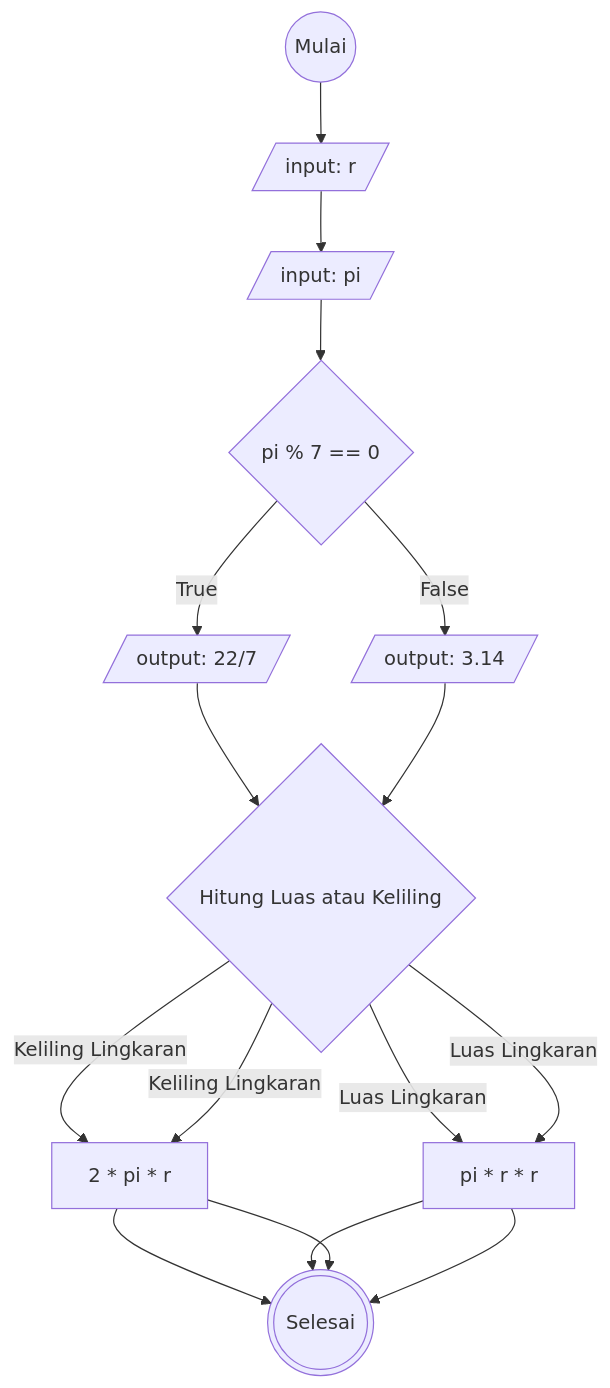
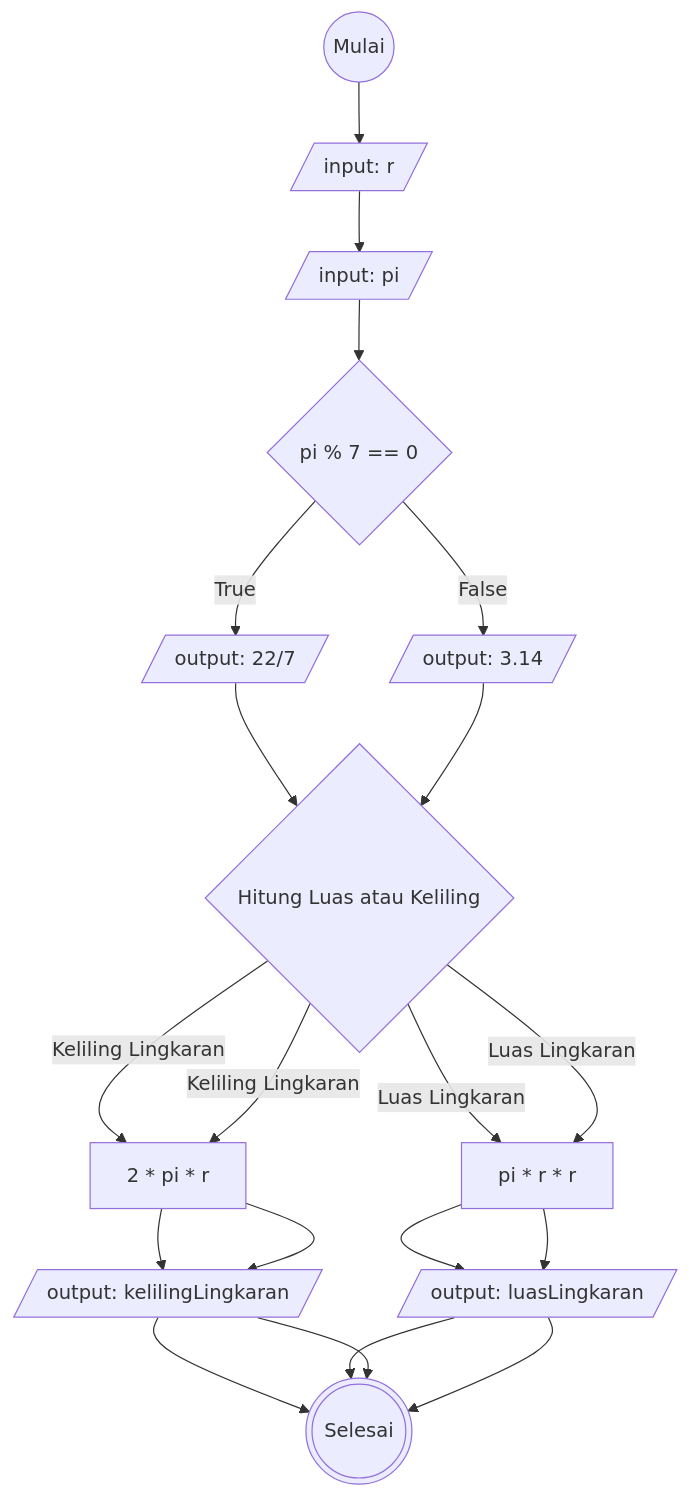
The diagram in flowchart-luas-keliling-lingkaran.md (Arif14377/koda-b6-algoritma), drawn with Mermaid before and after one commit.

````diff
--- a/flowchart-luas-keliling-lingkaran.md
+++ b/flowchart-luas-keliling-lingkaran.md
@@ -1,29 +1,35 @@
 ```mermaid
 flowchart TD
 start@{shape: circle, label: "Mulai"}
 inputJari@{ shape: lean-r, label: "input: r"}
 inputPi@{ shape: lean-r, label: "input: pi"}
 decisionPi@{ shape: diamond, label: "pi % 7 == 0" }
 decisionHitung@{ shape: diamond, label: "Hitung Luas atau Keliling" }
 oPiTrue@{ shape: lean-r, label: "output: 22/7"}
 oPiFalse@{ shape: lean-r, label: "output: 3.14"}
 luasLingkaran@{ shape: rect, label: "pi * r * r" }
 kelilingLingkaran@{ shape: rect, label: "2 * pi * r" }
+outKeliling@{ shape: lean-r, label: "output: kelilingLingkaran"}
+outLuas@{ shape: lean-r, label: "output: luasLingkaran"}
 stop@{shape: dbl-circ, label: "Selesai"}
 
 start-->inputJari
 inputJari-->inputPi
 inputPi-->decisionPi
 decisionPi--True-->oPiTrue
 decisionPi--False-->oPiFalse
 oPiTrue-->decisionHitung
 decisionHitung--Luas Lingkaran-->luasLingkaran
 decisionHitung--Keliling Lingkaran-->kelilingLingkaran
-kelilingLingkaran-->stop
-luasLingkaran-->stop
+kelilingLingkaran-->outKeliling
+outKeliling-->stop
+luasLingkaran-->outLuas
+outLuas-->stop
 oPiFalse-->decisionHitung
 decisionHitung--Luas Lingkaran-->luasLingkaran
 decisionHitung--Keliling Lingkaran-->kelilingLingkaran
-kelilingLingkaran-->stop
-luasLingkaran-->stop
+kelilingLingkaran-->outKeliling
+outKeliling-->stop
+luasLingkaran-->outLuas
+outLuas-->stop
 ```
````
